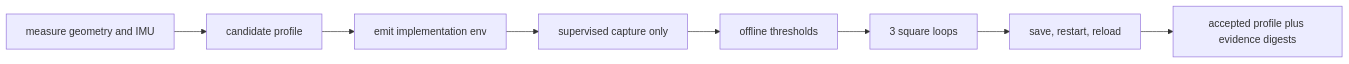
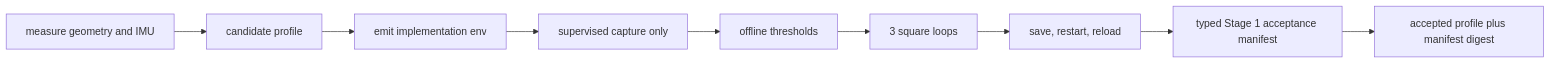
The diagram in implementations/waveshare-ugv/calibration/README.md (specdog/leash), drawn with Mermaid before and after one commit. The commit also changed other lines of this file and 7 other files, not shown here.

Commit message:
feat(calibration): add typed acceptance manifest

````diff
--- a/implementations/waveshare-ugv/calibration/README.md
+++ b/implementations/waveshare-ugv/calibration/README.md
@@ -8,10 +8,11 @@
 ```mermaid
 flowchart LR
   measure["measure geometry and IMU"] --> candidate["candidate profile"]
   candidate --> env["emit implementation env"]
   env --> capture["supervised capture only"]
   capture --> analyze["offline thresholds"]
   analyze --> repeat["3 square loops"]
   repeat --> reload["save, restart, reload"]
-  reload --> accepted["accepted profile plus evidence digests"]
+  reload --> manifest["typed Stage 1 acceptance manifest"]
+  manifest --> accepted["accepted profile plus manifest digest"]
 ```
````
